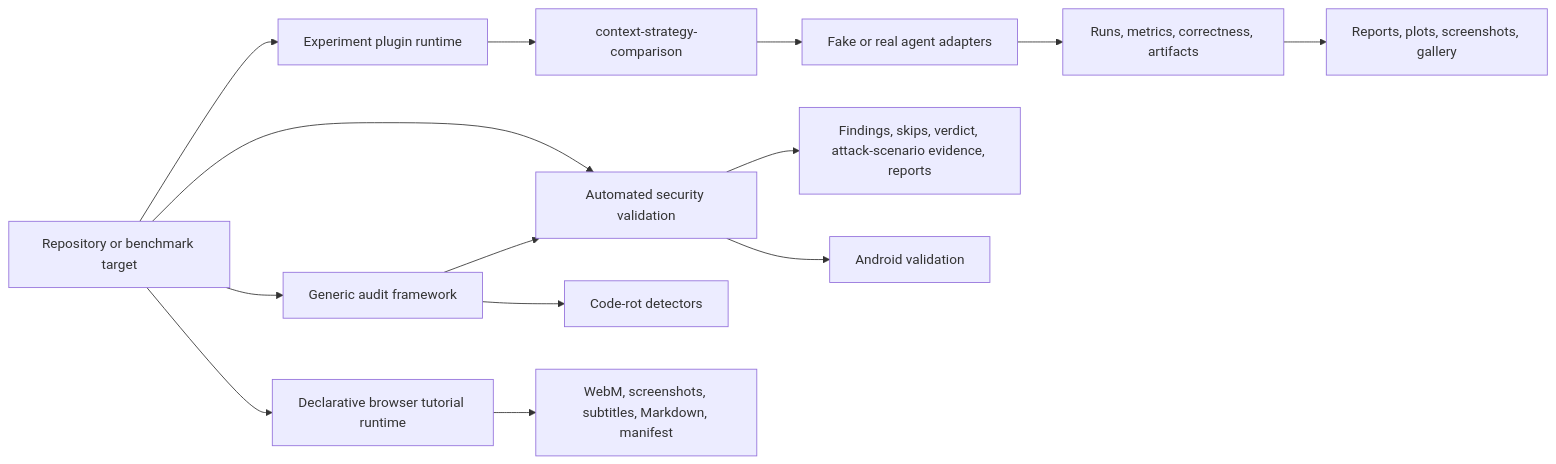
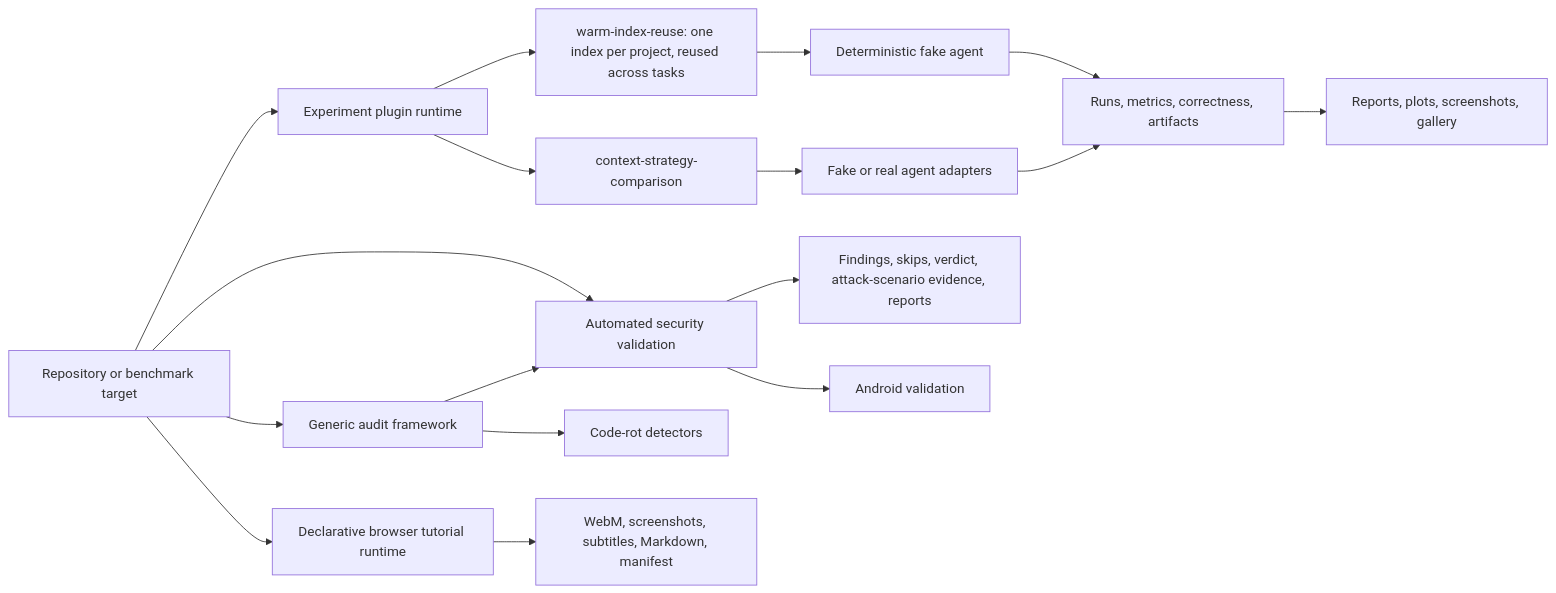
Before and after one commit to dailephd/my-dev-kit-lab: the diagram in docs/PROJECT_OVERVIEW.md, drawn with Mermaid. The commit also changed other lines of this file and 14 other files, not shown here.

First line of the commit message:
docs: reconcile v0.5.0 warm-index implementation

````diff
--- a/docs/PROJECT_OVERVIEW.md
+++ b/docs/PROJECT_OVERVIEW.md
@@ -41,19 +43,22 @@
 ```mermaid
 flowchart LR
   Target[Repository or benchmark target] --> Experiment[Experiment plugin runtime]
   Experiment --> Plugin[context-strategy-comparison]
+  Experiment --> WarmPlugin[warm-index-reuse: one index per project, reused across tasks]
   Plugin --> Agents[Fake or real agent adapters]
+  WarmPlugin --> FakeAgent[Deterministic fake agent]
+  FakeAgent --> Evidence
   Agents --> Evidence[Runs, metrics, correctness, artifacts]
   Evidence --> Reports[Reports, plots, screenshots, gallery]
 
   Target --> Security[Automated security validation]
   Security --> SecurityEvidence[Findings, skips, verdict, attack-scenario evidence, reports]
   Security --> Android[Android validation]
 
   Target --> Audit[Generic audit framework]
   Audit --> CodeRot[Code-rot detectors]
   Audit --> Security
 
   Target --> Tutorial[Declarative browser tutorial runtime]
   Tutorial --> TutorialEvidence[WebM, screenshots, subtitles, Markdown, manifest]
 ```
````
